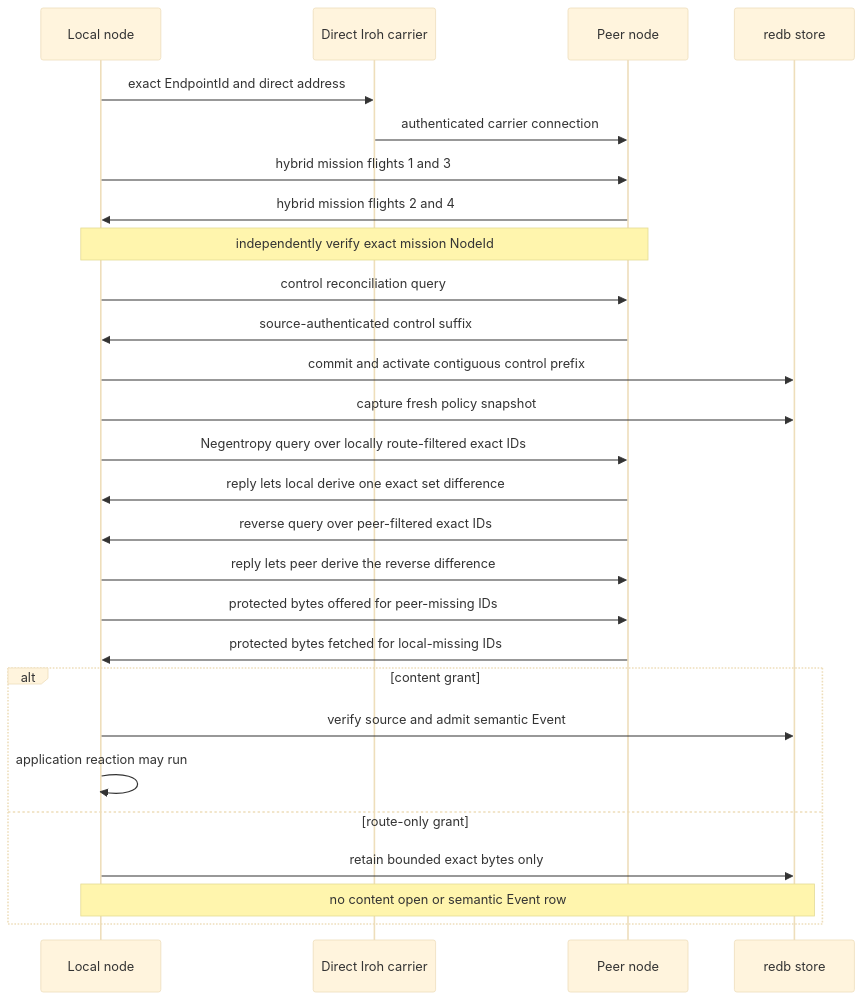
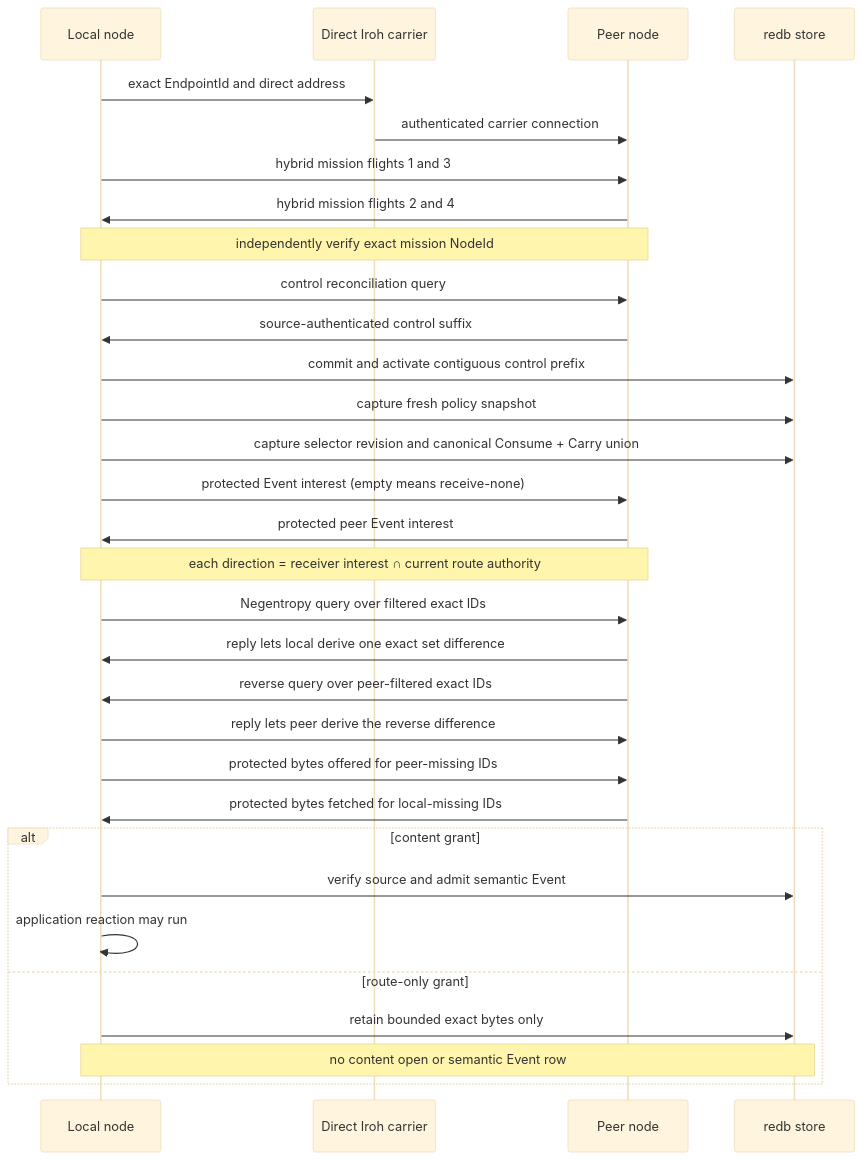
One commit to asirak-astertech/aster changed the second of 2 diagrams in docs/transports.md. Above: the diagram before and after it, drawn with Mermaid (base theme). The commit also changed other lines of this file and 24 other files, not shown here.

````diff
--- a/docs/transports.md
+++ b/docs/transports.md
@@ -138,29 +148,33 @@
 ```mermaid
 sequenceDiagram
     participant L as Local node
     participant C as Direct Iroh carrier
     participant P as Peer node
     participant S as redb store
     L->>C: exact EndpointId and direct address
     C->>P: authenticated carrier connection
     L->>P: hybrid mission flights 1 and 3
     P->>L: hybrid mission flights 2 and 4
     Note over L,P: independently verify exact mission NodeId
     L->>P: control reconciliation query
     P->>L: source-authenticated control suffix
     L->>S: commit and activate contiguous control prefix
     L->>S: capture fresh policy snapshot
-    L->>P: Negentropy query over locally route-filtered exact IDs
+    L->>S: capture selector revision and canonical Consume + Carry union
+    L->>P: protected Event interest (empty means receive-none)
+    P->>L: protected peer Event interest
+    Note over L,P: each direction = receiver interest ∩ current route authority
+    L->>P: Negentropy query over filtered exact IDs
     P->>L: reply lets local derive one exact set difference
     P->>L: reverse query over peer-filtered exact IDs
     L->>P: reply lets peer derive the reverse difference
     L->>P: protected bytes offered for peer-missing IDs
     P->>L: protected bytes fetched for local-missing IDs
     alt content grant
         L->>S: verify source and admit semantic Event
         L->>L: application reaction may run
     else route-only grant
         L->>S: retain bounded exact bytes only
         Note over L,S: no content open or semantic Event row
     end
 ```
````
